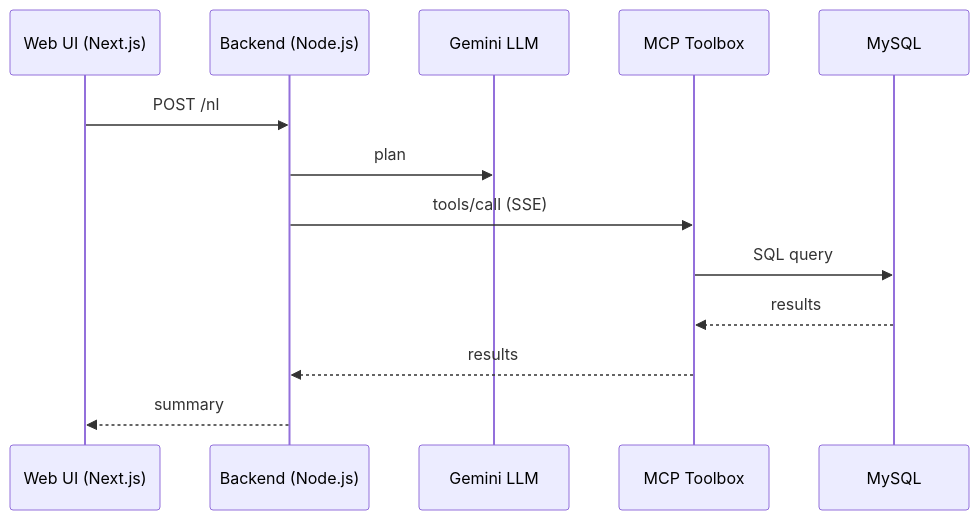
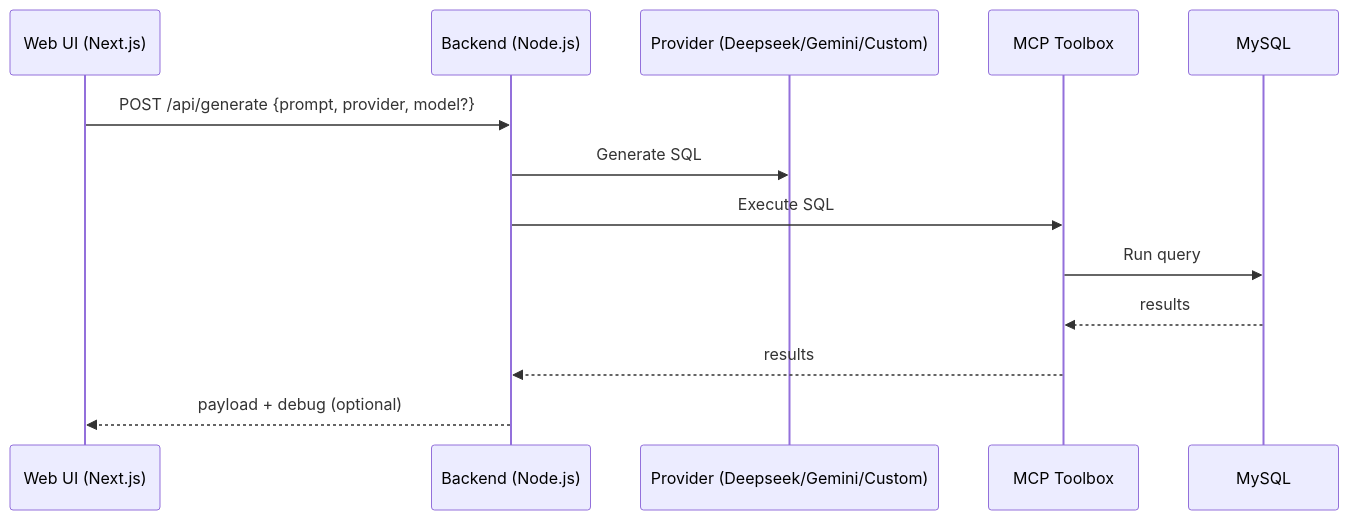
The diagram in README.md (afurgapil/mcp-agent-demo), drawn with Mermaid before and after one commit. The commit also changed other lines of this file and 4 other files, not shown here.

Commit message:
Integrate Gemini as a new SQL generation provider in the backend, enhancing the configuration for multiple AI models. Update the README to reflect changes in setup and usage instructions. Modify frontend to support Gemini model selection and improve overall UI clarity.

````diff
--- a/README.md
+++ b/README.md
@@ -29,16 +27,16 @@
 ```mermaid
 sequenceDiagram
     participant UI as Web UI (Next.js)
     participant BE as Backend (Node.js)
-    participant LLM as Gemini LLM
+    participant LLM as Provider (Deepseek/Gemini/Custom)
     participant MCP as MCP Toolbox
     participant DB as MySQL
 
-    UI->>BE: POST /nl
-    BE->>LLM: plan
-    BE->>MCP: tools/call (SSE)
-    MCP->>DB: SQL query
+    UI->>BE: POST /api/generate {prompt, provider, model?}
+    BE->>LLM: Generate SQL
+    BE->>MCP: Execute SQL
+    MCP->>DB: Run query
     DB-->>MCP: results
     MCP-->>BE: results
-    BE-->>UI: summary
+    BE-->>UI: payload + debug (optional)
 ```
````
